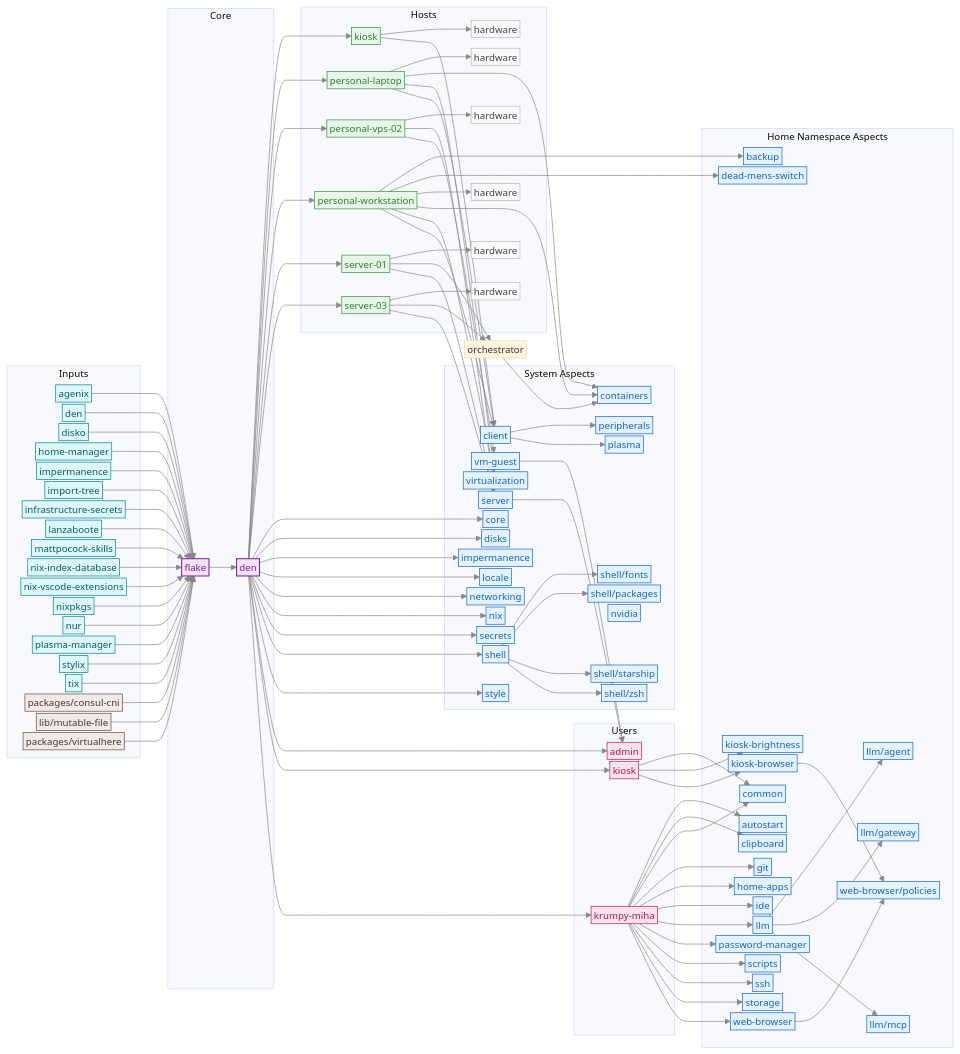
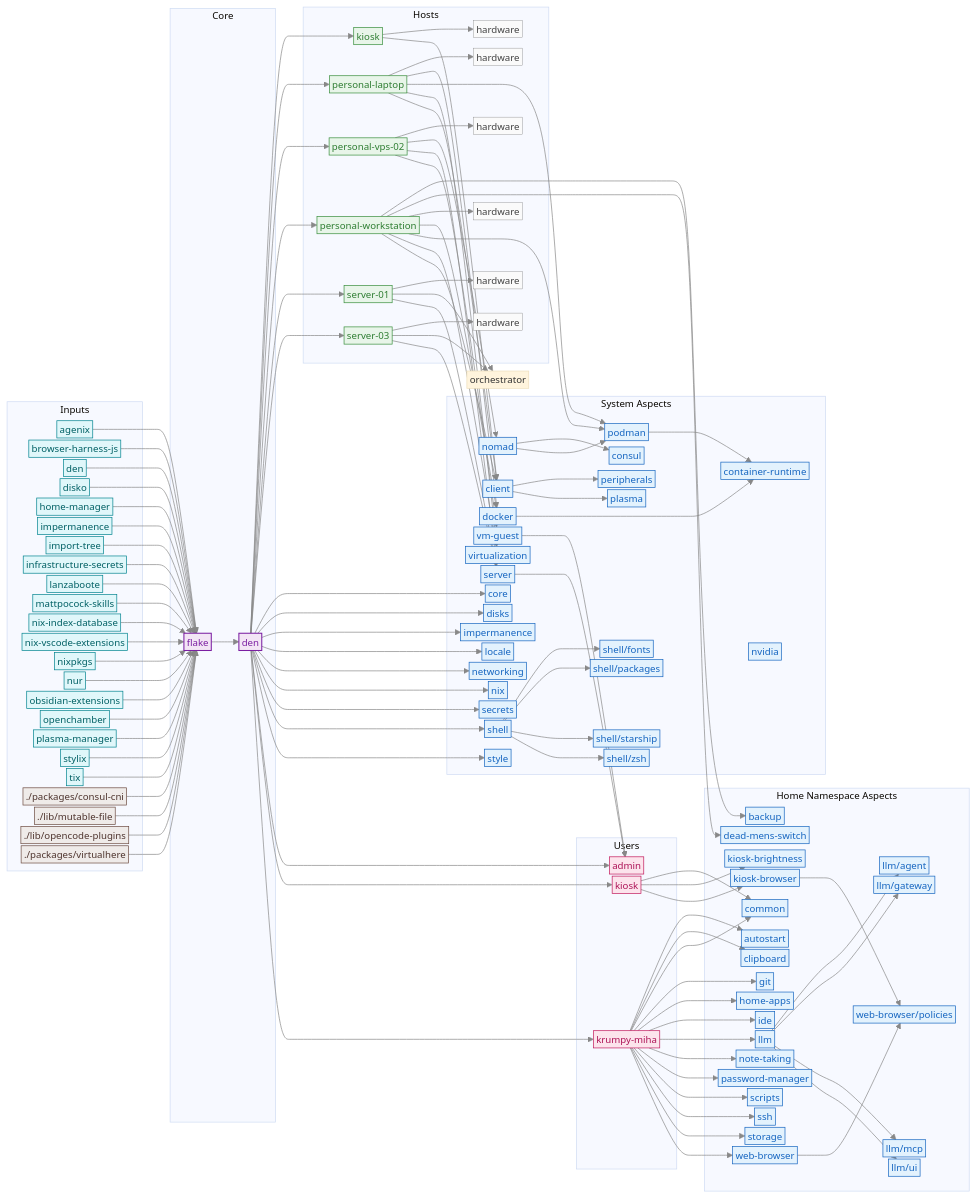
Before and after one commit to mihakrumpestar/infrastructure: the diagram in README.md, drawn with Mermaid. The commit also changed other lines of this file and 16 other files, not shown here.

Commit message:
feat: replace RKE2 back with Nomad+Consul, other small fixes and updates

```diff
--- a/README.md
+++ b/README.md
@@ -160,6 +160,7 @@
 
     subgraph Inputs[Inputs]
         input_agenix["agenix"]:::input
+        input_browser_harness_js["browser-harness-js"]:::input
         input_den["den"]:::input
         input_disko["disko"]:::input
         input_home_manager["home-manager"]:::input
@@ -172,12 +173,15 @@
         input_nix_vscode_extensions["nix-vscode-extensions"]:::input
         input_nixpkgs["nixpkgs"]:::input
         input_nur["nur"]:::input
+        input_obsidian_extensions["obsidian-extensions"]:::input
+        input_openchamber["openchamber"]:::input
         input_plasma_manager["plasma-manager"]:::input
         input_stylix["stylix"]:::input
         input_tix["tix"]:::input
-        local_consul_cni["packages/consul-cni"]:::local
-        local_mutable_file["lib/mutable-file"]:::local
-        local_virtualhere["packages/virtualhere"]:::local
+        local_consul_cni["./packages/consul-cni"]:::local
+        local_mutable_file["./lib/mutable-file"]:::local
+        local_opencode_plugins["./lib/opencode-plugins"]:::local
+        local_virtualhere["./packages/virtualhere"]:::local
     end
 
     subgraph Core[Core]
@@ -199,10 +203,14 @@
         sys_shell_starship["shell/starship"]:::aspect
         sys_shell_zsh["shell/zsh"]:::aspect
         sys_style["style"]:::aspect
-        opt_containers["containers"]:::aspect
+        opt_container_runtime["container-runtime"]:::aspect
+        opt_consul["consul"]:::aspect
+        opt_docker["docker"]:::aspect
+        opt_nomad["nomad"]:::aspect
         opt_nvidia["nvidia"]:::aspect
         opt_peripherals["peripherals"]:::aspect
         opt_plasma["plasma"]:::aspect
+        opt_podman["podman"]:::aspect
         opt_virtualization["virtualization"]:::aspect
         type_client["client"]:::aspect
         type_server["server"]:::aspect
@@ -224,6 +232,8 @@
         home_llm["llm"]:::aspect
         home_llm_gateway["llm/gateway"]:::aspect
         home_llm_mcp["llm/mcp"]:::aspect
+        home_llm_ui["llm/ui"]:::aspect
+        home_note_taking["note-taking"]:::aspect
         home_password_manager["password-manager"]:::aspect
         home_scripts["scripts"]:::aspect
         home_ssh["ssh"]:::aspect
@@ -277,20 +287,24 @@
     home_llm --> home_llm_agent
     home_llm --> home_llm_gateway
     home_llm --> home_llm_mcp
+    home_llm --> home_llm_ui
     home_web_browser --> home_web_browser_policies
     host_kiosk --> host_kiosk_hardware
     host_kiosk --> type_client
     host_personal_laptop --> host_personal_laptop_hardware
-    host_personal_laptop --> opt_containers
+    host_personal_laptop --> opt_docker
+    host_personal_laptop --> opt_podman
     host_personal_laptop --> opt_virtualization
     host_personal_laptop --> type_client
     host_personal_vps_02 --> host_personal_vps_02_hardware
+    host_personal_vps_02 --> opt_nomad
     host_personal_vps_02 --> type_server
     host_personal_vps_02 --> type_vm_guest
     host_personal_workstation --> home_backup
     host_personal_workstation --> home_dead_mens_switch
     host_personal_workstation --> host_personal_workstation_hardware
-    host_personal_workstation --> opt_containers
+    host_personal_workstation --> opt_docker
+    host_personal_workstation --> opt_podman
     host_personal_workstation --> opt_virtualization
     host_personal_workstation --> type_client
     host_server_01 --> host_server_01_hardware
@@ -300,6 +314,7 @@
     host_server_03 --> orchestrator
     host_server_03 --> type_server
     input_agenix --> flake
+    input_browser_harness_js --> flake
     input_den --> flake
     input_disko --> flake
     input_home_manager --> flake
@@ -312,13 +327,19 @@
     input_nix_vscode_extensions --> flake
     input_nixpkgs --> flake
     input_nur --> flake
+    input_obsidian_extensions --> flake
+    input_openchamber --> flake
     input_plasma_manager --> flake
     input_stylix --> flake
     input_tix --> flake
     local_consul_cni --> flake
     local_mutable_file --> flake
+    local_opencode_plugins --> flake
     local_virtualhere --> flake
-    orchestrator --> opt_containers
+    opt_docker --> opt_container_runtime
+    opt_nomad --> opt_consul
+    opt_nomad --> opt_podman
+    opt_podman --> opt_container_runtime
     sys_shell --> sys_shell_fonts
     sys_shell --> sys_shell_packages
     sys_shell --> sys_shell_starship
@@ -337,6 +358,7 @@
     user_krumpy_miha --> home_home_apps
     user_krumpy_miha --> home_ide
     user_krumpy_miha --> home_llm
+    user_krumpy_miha --> home_note_taking
     user_krumpy_miha --> home_password_manager
     user_krumpy_miha --> home_scripts
     user_krumpy_miha --> home_ssh
```
